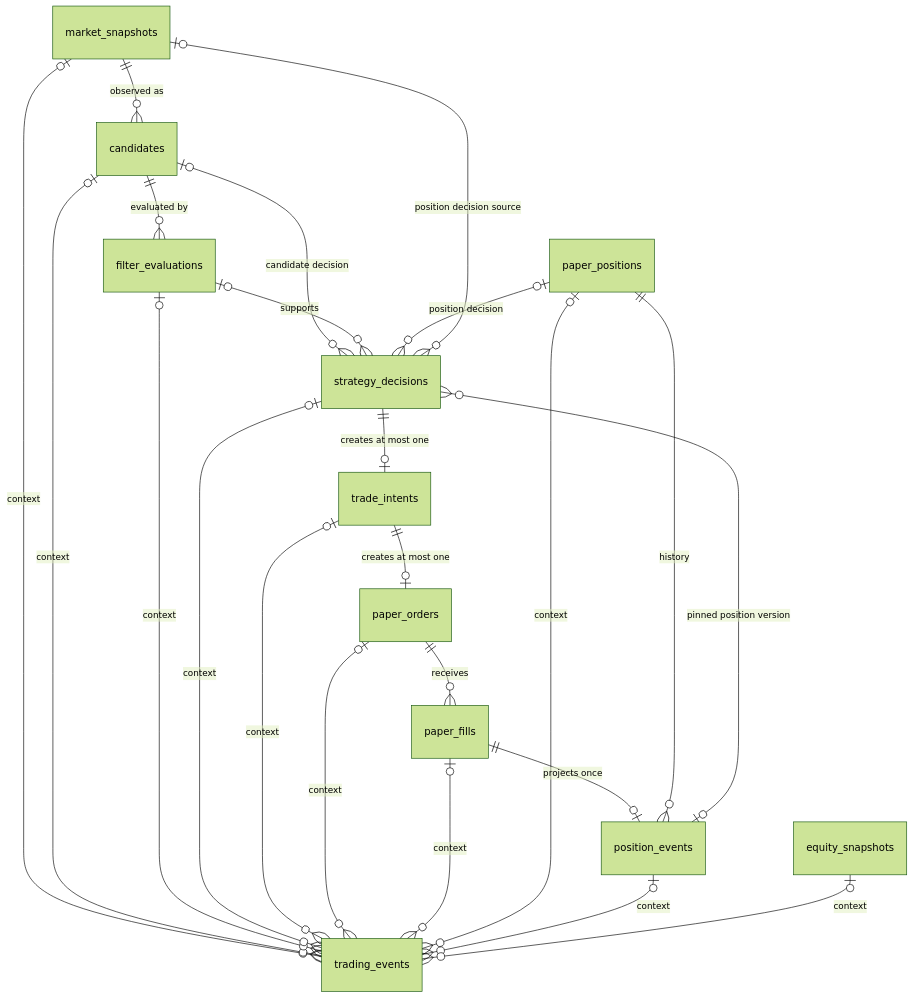
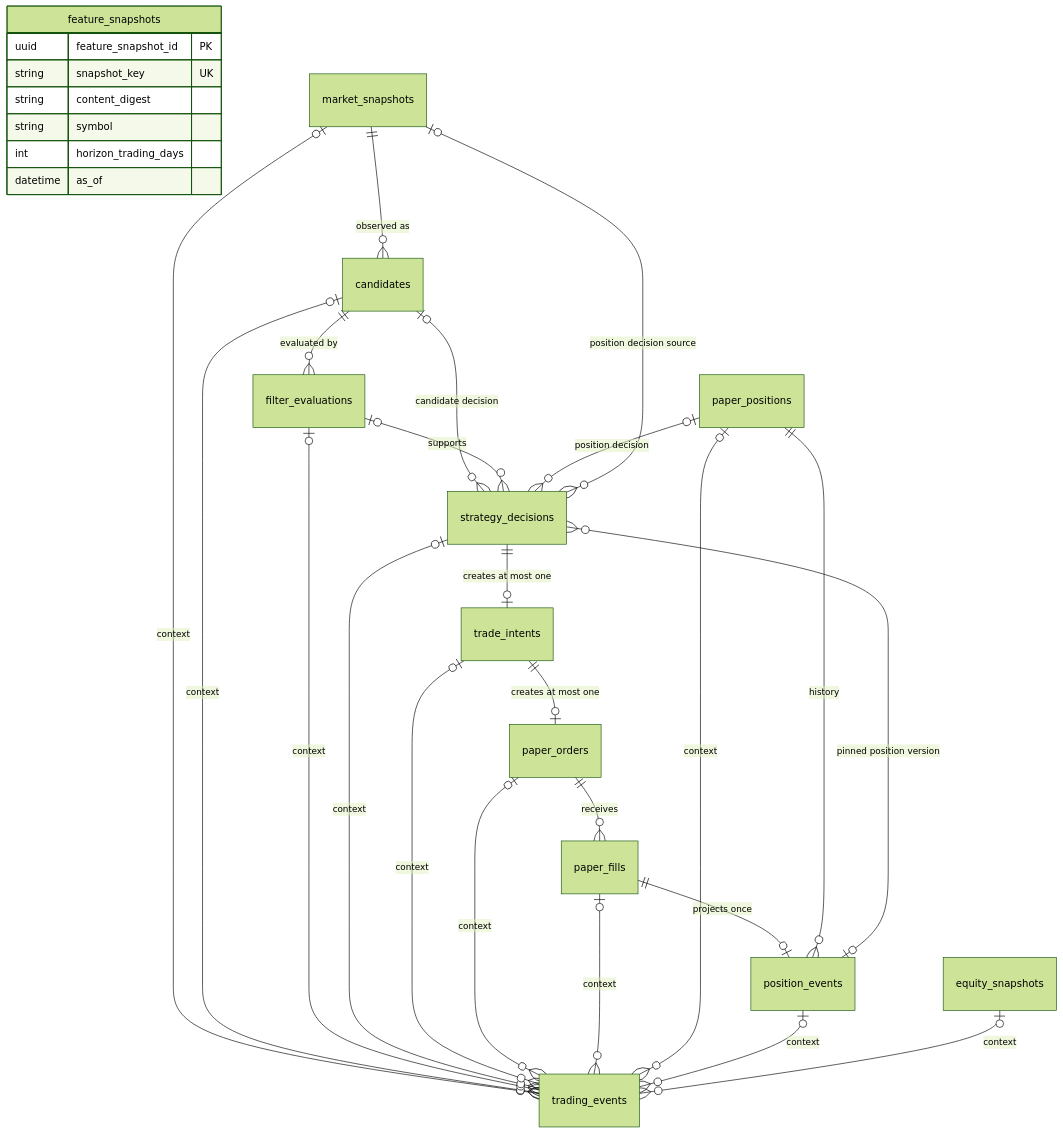
The diagram in docs/database-schema.md (geunil748-dev/auto_trading_v2), drawn with Mermaid (forest theme) before and after one commit. The commit also changed other lines of this file and 51 other files, not shown here.

Commit message:
Add point-in-time feature snapshot foundation

````diff
--- a/docs/database-schema.md
+++ b/docs/database-schema.md
@@ -25,25 +26,33 @@
 ```mermaid
 erDiagram
+    feature_snapshots {
+        uuid feature_snapshot_id PK
+        string snapshot_key UK
+        string content_digest
+        string symbol
+        int horizon_trading_days
+        datetime as_of
+    }
     market_snapshots ||--o{ candidates : "observed as"
     candidates ||--o{ filter_evaluations : "evaluated by"
     candidates o|--o{ strategy_decisions : "candidate decision"
     filter_evaluations o|--o{ strategy_decisions : "supports"
     paper_positions o|--o{ strategy_decisions : "position decision"
     market_snapshots o|--o{ strategy_decisions : "position decision source"
     position_events o|--o{ strategy_decisions : "pinned position version"
     strategy_decisions ||--o| trade_intents : "creates at most one"
     trade_intents ||--o| paper_orders : "creates at most one"
     paper_orders ||--o{ paper_fills : "receives"
     paper_fills ||--o| position_events : "projects once"
     paper_positions ||--o{ position_events : "history"
     market_snapshots o|--o{ trading_events : "context"
     candidates o|--o{ trading_events : "context"
     filter_evaluations o|--o{ trading_events : "context"
     strategy_decisions o|--o{ trading_events : "context"
     trade_intents o|--o{ trading_events : "context"
     paper_orders o|--o{ trading_events : "context"
     paper_fills o|--o{ trading_events : "context"
     paper_positions o|--o{ trading_events : "context"
     position_events o|--o{ trading_events : "context"
     equity_snapshots o|--o{ trading_events : "context"
 ```
````
